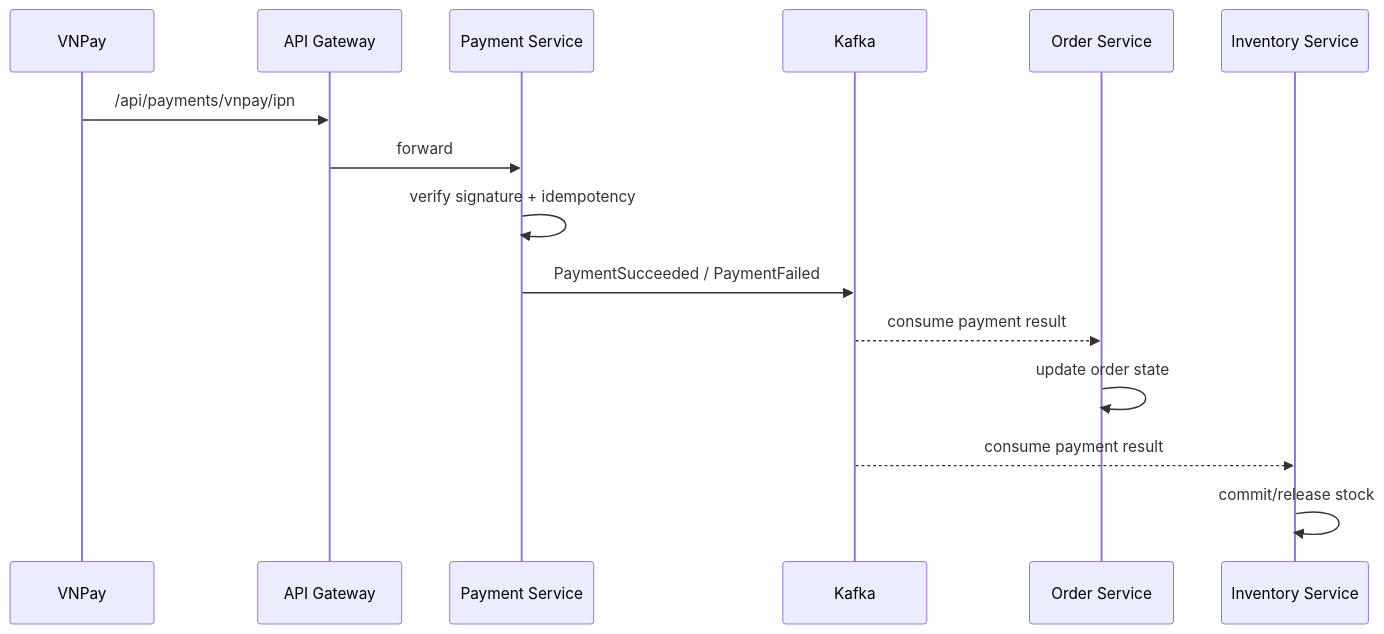
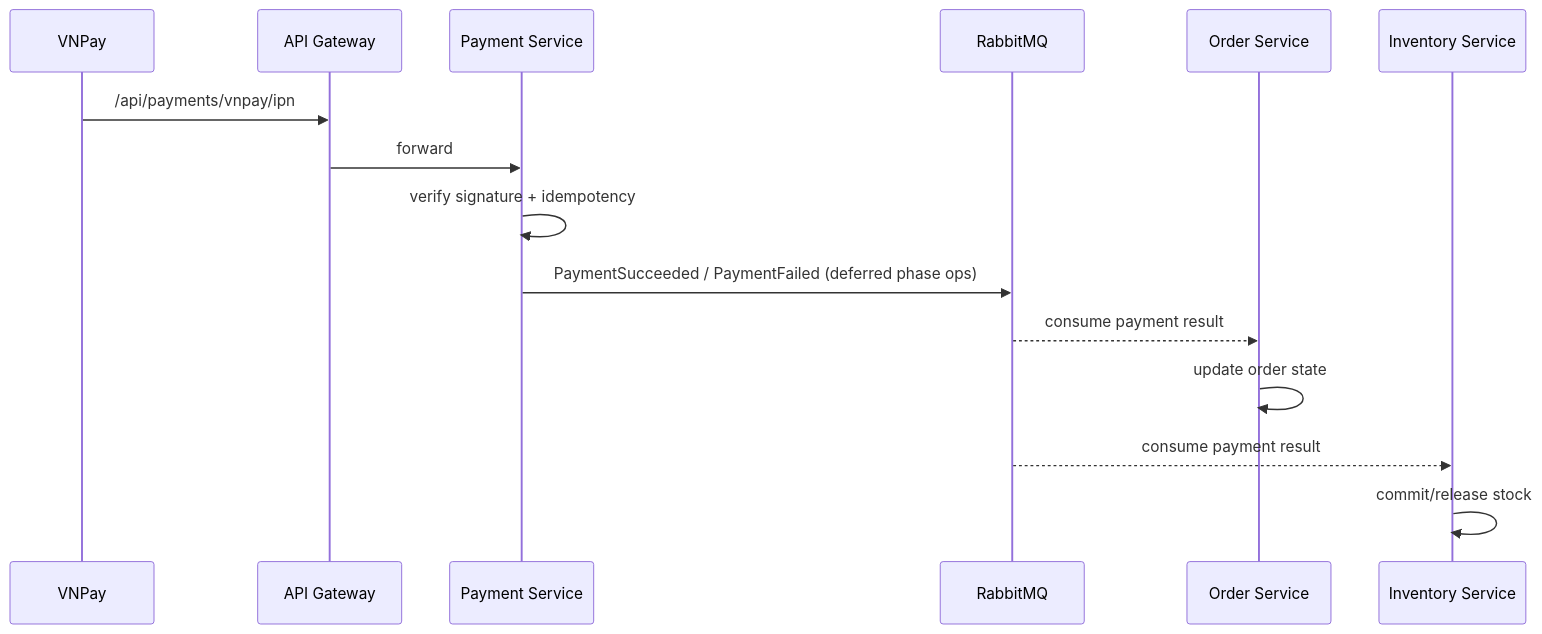
Before and after one commit to dminhduc250136/ptit_htpt: the fourth of 6 diagrams in architecture/02-sequence-diagrams.md, drawn with Mermaid. The commit also changed other lines of this file and 3 other files, not shown here.

````diff
--- a/architecture/02-sequence-diagrams.md
+++ b/architecture/02-sequence-diagrams.md
@@ -47,18 +91,18 @@
 ```mermaid
 sequenceDiagram
     participant V as VNPay
     participant GW as API Gateway
     participant PAY as Payment Service
-    participant K as Kafka
+    participant MQ as RabbitMQ
     participant OS as Order Service
     participant INV as Inventory Service
 
     V->>GW: /api/payments/vnpay/ipn
     GW->>PAY: forward
     PAY->>PAY: verify signature + idempotency
-    PAY->>K: PaymentSucceeded / PaymentFailed
-    K-->>OS: consume payment result
+    PAY->>MQ: PaymentSucceeded / PaymentFailed (deferred phase ops)
+    MQ-->>OS: consume payment result
     OS->>OS: update order state
-    K-->>INV: consume payment result
+    MQ-->>INV: consume payment result
     INV->>INV: commit/release stock
 ```
````
